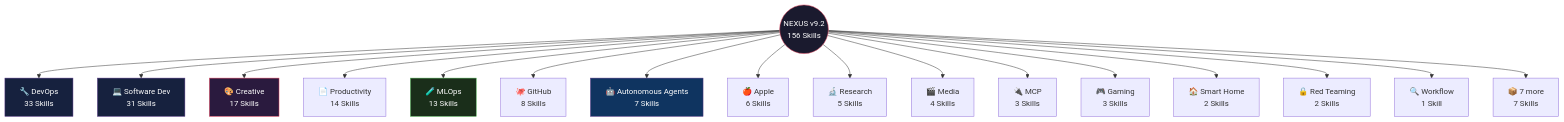
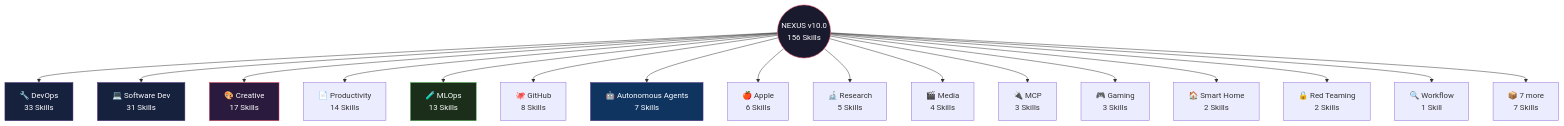
One commit to TitoPrausee/nexus-toti changed the ninth of 9 diagrams in README.md. Above: the diagram before and after it, drawn with Mermaid. The commit also changed other lines of this file and 16 other files, not shown here.

````diff
--- a/README.md
+++ b/README.md
@@ -700,43 +786,43 @@
 ```mermaid
 graph TB
-    Nexus((NEXUS v9.2<br/>156 Skills))
+    Nexus((NEXUS v10.0<br/>156 Skills))
     devops["🔧 DevOps<br/>33 Skills"]
     Nexus --> devops
     softdev["💻 Software Dev<br/>31 Skills"]
     Nexus --> softdev
     creative["🎨 Creative<br/>17 Skills"]
     Nexus --> creative
     prod["📄 Productivity<br/>14 Skills"]
     Nexus --> prod
     mlops["🧪 MLOps<br/>13 Skills"]
     Nexus --> mlops
     github["🐙 GitHub<br/>8 Skills"]
     Nexus --> github
     agents["🤖 Autonomous Agents<br/>7 Skills"]
     Nexus --> agents
     apple["🍎 Apple<br/>6 Skills"]
     Nexus --> apple
     research["🔬 Research<br/>5 Skills"]
     Nexus --> research
     media["🎬 Media<br/>4 Skills"]
     Nexus --> media
     mcp["🔌 MCP<br/>3 Skills"]
     Nexus --> mcp
     gaming["🎮 Gaming<br/>3 Skills"]
     Nexus --> gaming
     smarthome["🏠 Smart Home<br/>2 Skills"]
     Nexus --> smarthome
     redteam["🔒 Red Teaming<br/>2 Skills"]
     Nexus --> redteam
     workflow["🔍 Workflow<br/>1 Skill"]
     Nexus --> workflow
     other["📦 7 more<br/>7 Skills"]
     Nexus --> other
 
     style Nexus fill:#1a1a2e,stroke:#e94560,color:#fff
     style devops fill:#16213e,stroke:#533483,color:#fff
     style softdev fill:#16213e,stroke:#533483,color:#fff
     style creative fill:#2a1a3e,stroke:#e94560,color:#fff
     style mlops fill:#1a2e1a,stroke:#4CAF50,color:#fff
     style agents fill:#0f3460,stroke:#533483,color:#fff
 ```
````
